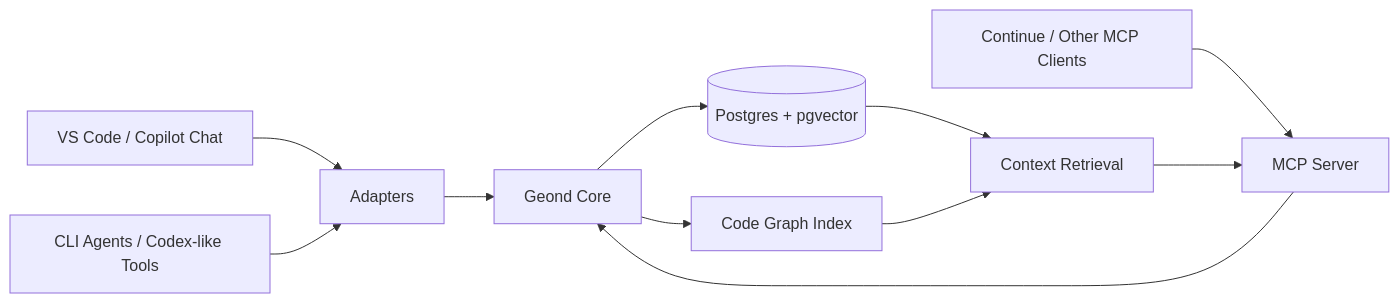
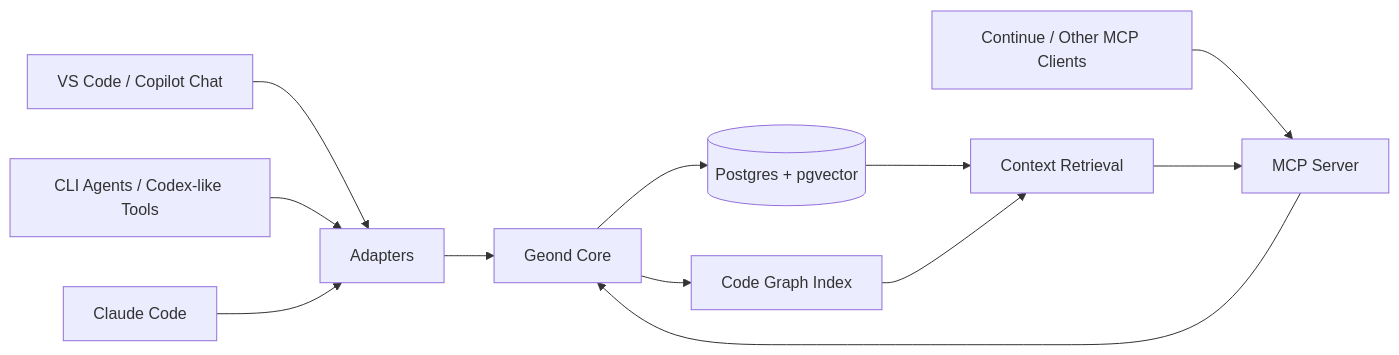
Before and after one commit to geondongkim/geond-agent-protocol: the diagram in README.md, drawn with Mermaid. The commit also changed other lines of this file and 29 other files, not shown here.

````diff
--- a/README.md
+++ b/README.md
@@ -22,13 +22,14 @@
 ```mermaid
 flowchart LR
     A[VS Code / Copilot Chat] --> I[Adapters]
     B[CLI Agents / Codex-like Tools] --> I
-    C[Continue / Other MCP Clients] --> M[MCP Server]
+    C[Claude Code] --> I
+    D[Continue / Other MCP Clients] --> M[MCP Server]
     I --> G[Geond Core]
     M --> G
     G --> P[(Postgres + pgvector)]
     G --> S[Code Graph Index]
     P --> R[Context Retrieval]
     S --> R
     R --> M
 ```
````
